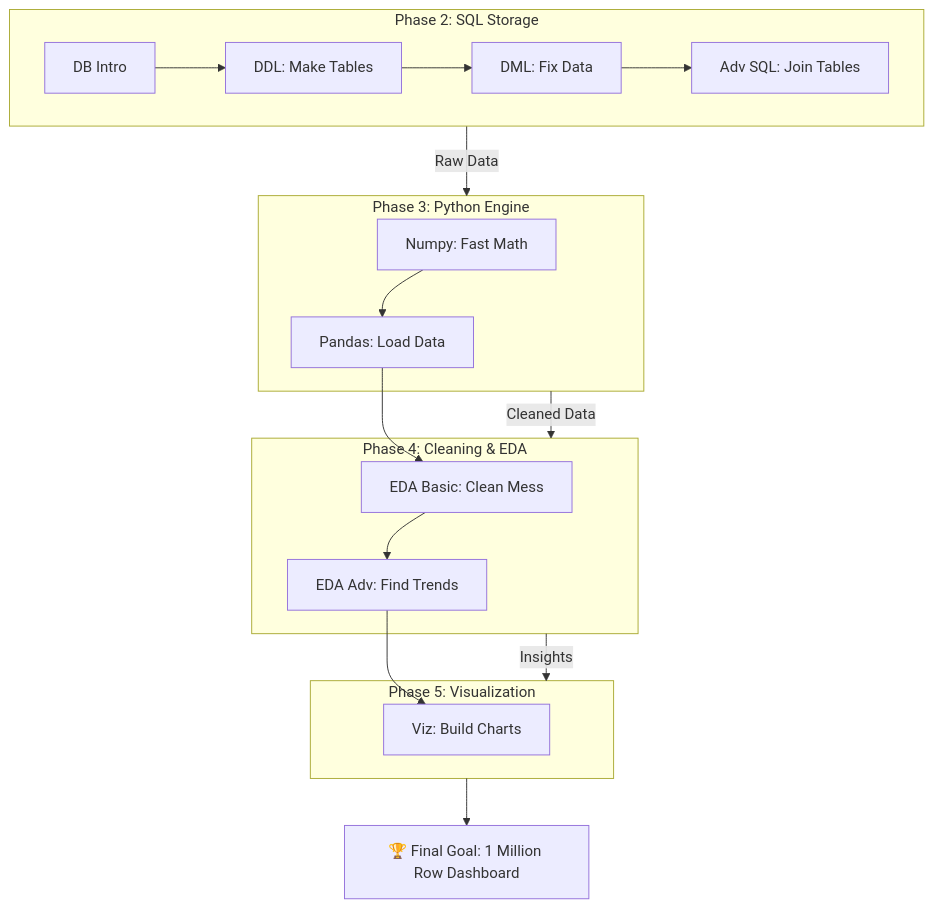
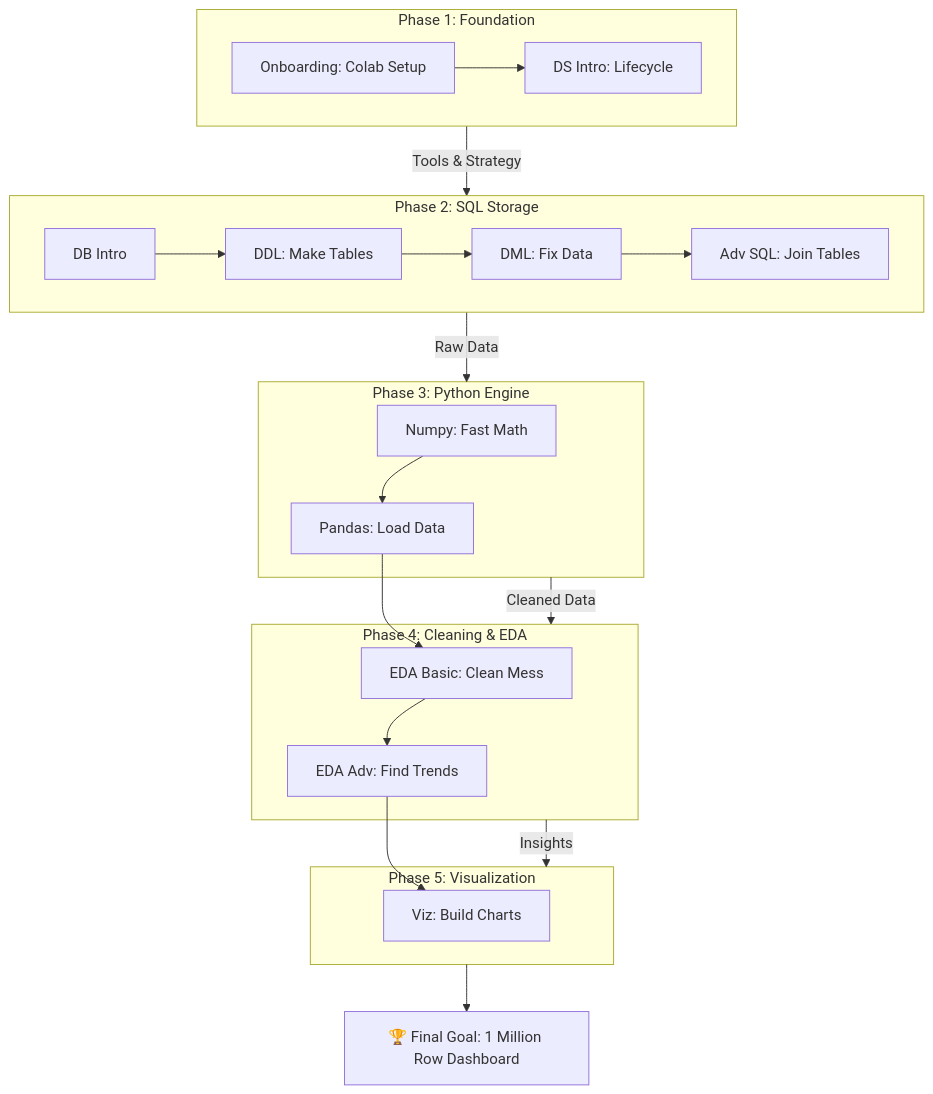
The diagram in Course_roadmap.md (tsantoso79/6m-data-1.0-Welcome-Onboarding), drawn with Mermaid before and after one commit.

Commit message:
Update Course roadmap with new phases and connections

````diff
--- a/Course_roadmap.md
+++ b/Course_roadmap.md
@@ -61,30 +61,35 @@
 ```mermaid
 
 graph TD
     Goal[🏆 Final Goal: 1 Million Row Dashboard]
+
+    subgraph Foundation [Phase 1: Foundation]
+    C1[Onboarding: Colab Setup] --> C2[DS Intro: Lifecycle]
+    end
     
     subgraph Storage [Phase 2: SQL Storage]
     C3[DB Intro] --> C4[DDL: Make Tables]
     C4 --> C5[DML: Fix Data]
     C5 --> C7[Adv SQL: Join Tables]
     end
     
     subgraph Processing [Phase 3: Python Engine]
     C8[Numpy: Fast Math] --> C10[Pandas: Load Data]
     end
     
     subgraph Analysis [Phase 4: Cleaning & EDA]
     C10 --> C11[EDA Basic: Clean Mess]
     C11 --> C13[EDA Adv: Find Trends]
     end
     
     subgraph Presentation [Phase 5: Visualization]
     C13 --> C14[Viz: Build Charts]
     end
 
+    Foundation --> |Tools & Strategy| Storage
     Storage --> |Raw Data| Processing
     Processing --> |Cleaned Data| Analysis
     Analysis --> |Insights| Presentation
     Presentation --> Goal
 
 ```
````
